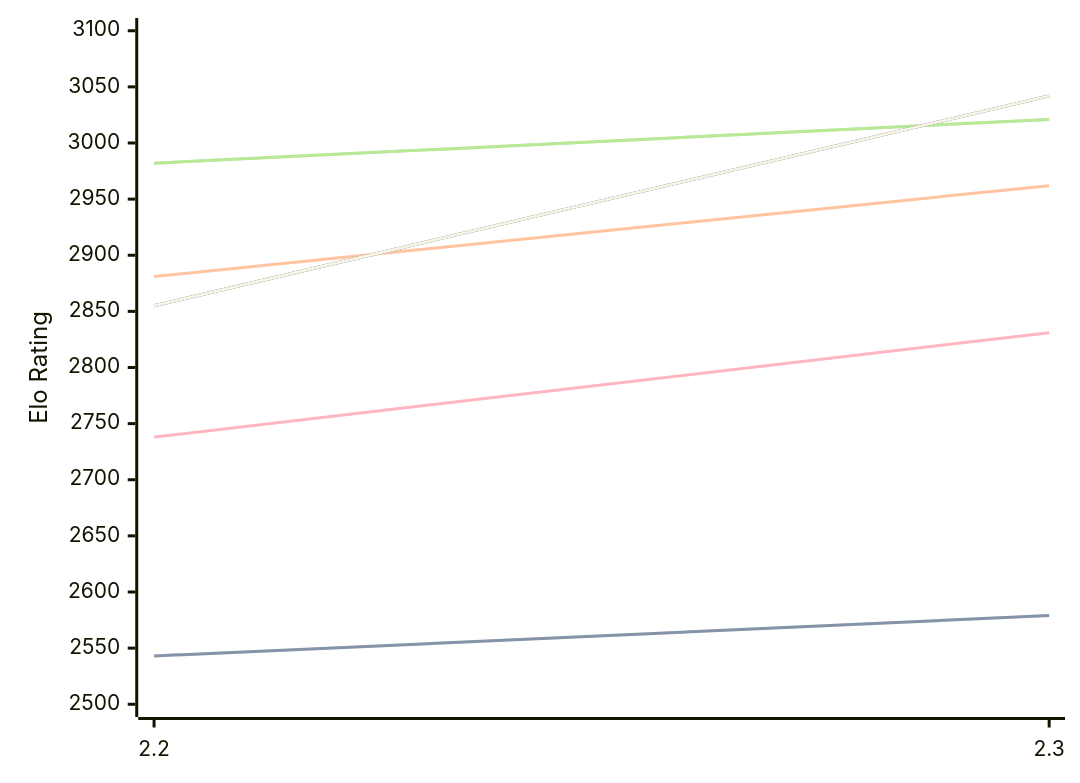
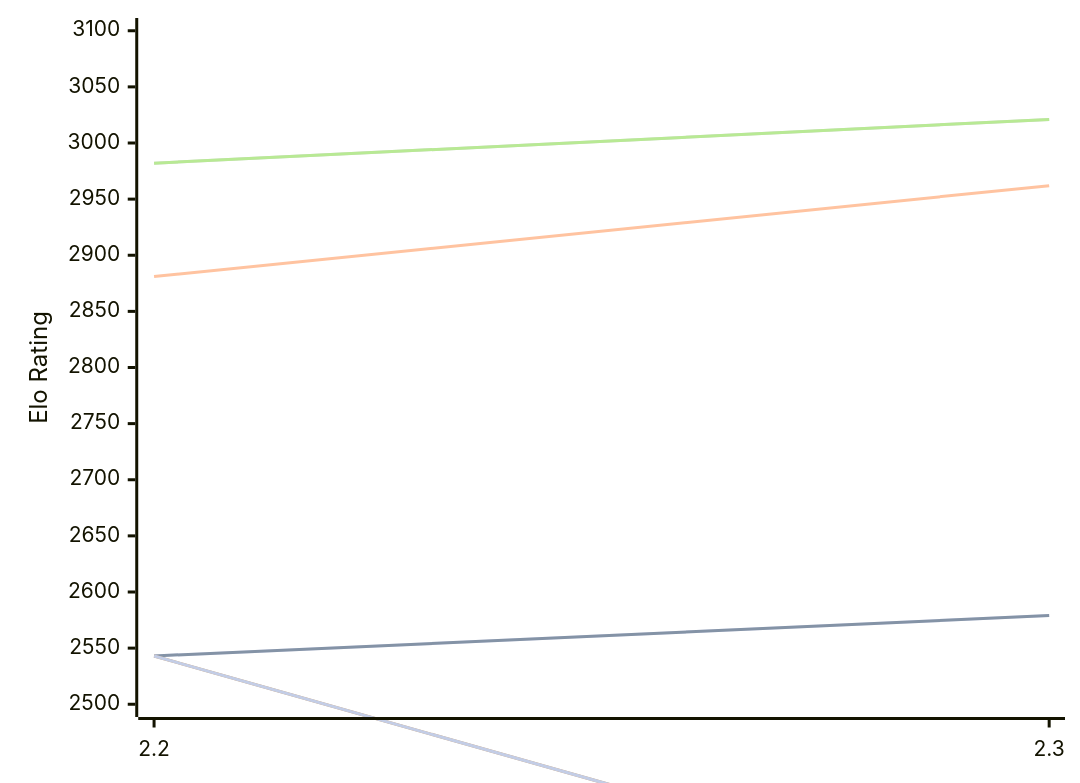
The diagram in engines/Sloth.md (computer-chess-index/cci), drawn with Mermaid before and after one commit. The commit also changed other lines of this file, not shown here.

Commit message:
Update CCI Ratings (ELO VLTC) - 2026-10-11

````diff
--- a/engines/Sloth.md
+++ b/engines/Sloth.md
@@ -49,16 +50,13 @@
 ```mermaid
 %%{init: {"theme":"base","themeVariables":{"seriesColors:['#a3a3a3','#222221','#faa371']}}}%%
 xychart-beta
   x-axis ["2.2", "2.3"]
   y-axis "Elo Rating" 2500 --> 3100
   line "" [2543, 2579]
   line "T1: STC (8.0+0.08s)" [2543, 2579]
   line "T1: LTC (60.0+0.60s)" [2881, 2962]
   line "" [2982, 3021]
   line "T1: VLTC (2m24s+1.12s)" [2982, 3021]
-  line "" [2309, 2404]
-  line "E1: STC (8.0+0.08s)" [2309, 2404]
-  line "E1: LTC (60.0+0.60s)" [2738, 2831]
-  line "" [2855, 3042]
-  line "E1: VLTC (2m24s+1.12s)" [2855, 3042]
+  line "" [2543,2318, 2444]
+  line "E1: STC (8.0+0.08s)" [2543,2318, 2444]
 ```
````
